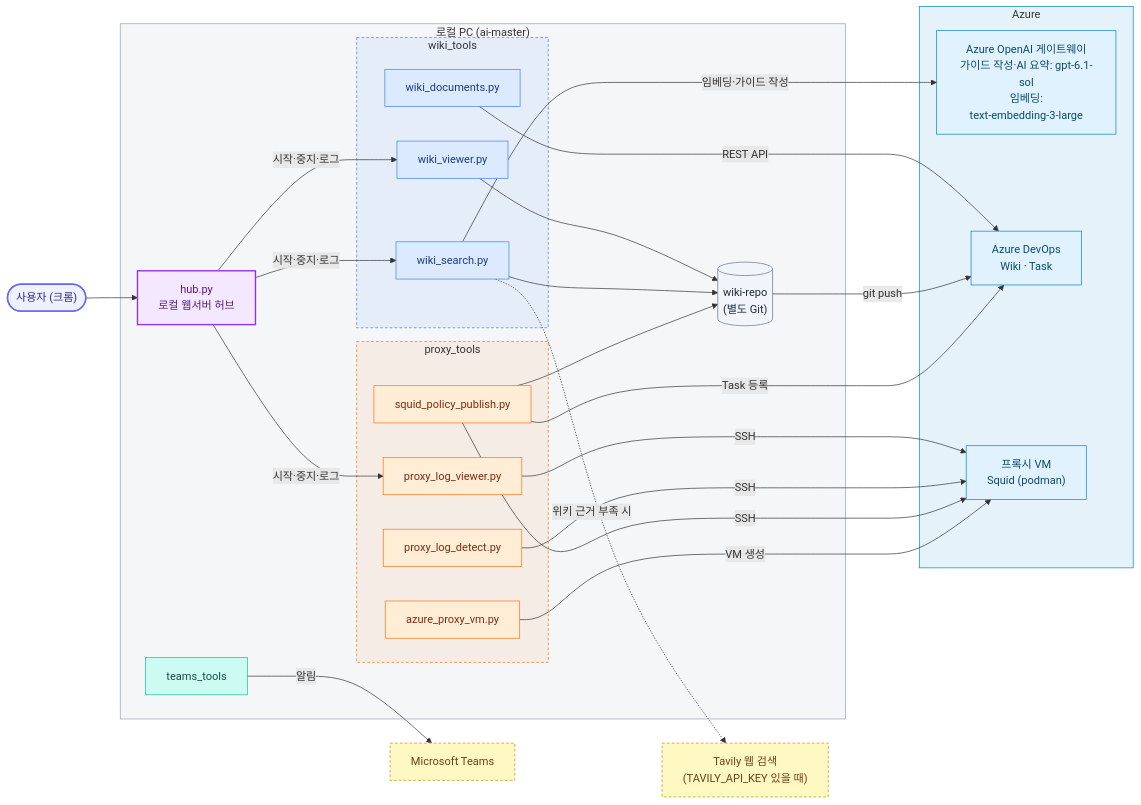
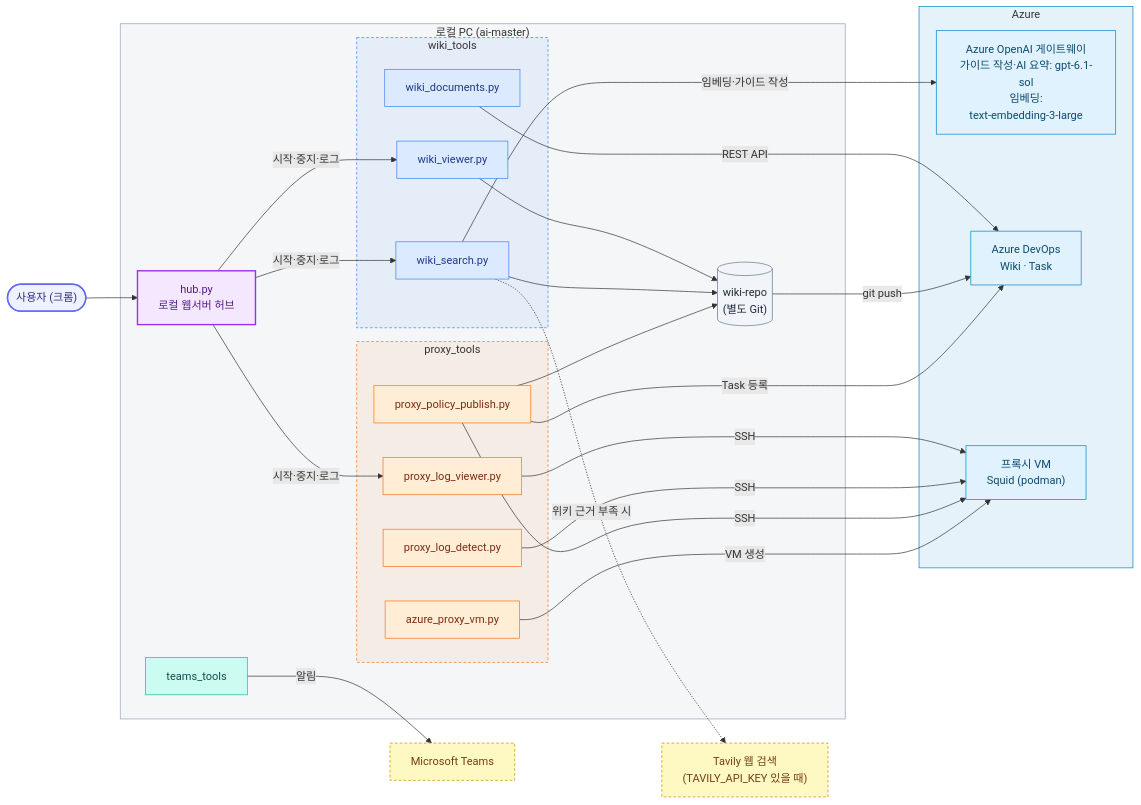
The fourth of 10 diagrams in README.md (pcmola/ai-master), drawn with Mermaid before and after one commit. The commit also changed other lines of this file and 6 other files, not shown here.

````diff
--- a/README.md
+++ b/README.md
@@ -222,63 +222,63 @@
 ```mermaid
 flowchart LR
     user(["사용자 (크롬)"])
 
     subgraph local["로컬 PC (ai-master)"]
         hub["hub.py<br/>로컬 웹서버 허브"]
         subgraph wiki_tools
             viewer["wiki_viewer.py"]
             search["wiki_search.py"]
             docs["wiki_documents.py"]
         end
         subgraph proxy_tools
             logviewer["proxy_log_viewer.py"]
             detect["proxy_log_detect.py"]
-            publish["squid_policy_publish.py"]
+            publish["proxy_policy_publish.py"]
             vmtool["azure_proxy_vm.py"]
         end
         teams["teams_tools"]
         repo[("wiki-repo<br/>(별도 Git)")]
     end
 
     subgraph azure["Azure"]
         openai["Azure OpenAI 게이트웨이<br/>가이드 작성·AI 요약: gpt-6.1-sol<br/>임베딩:<br/>text-embedding-3-large"]
         devops["Azure DevOps<br/>Wiki · Task"]
         vm["프록시 VM<br/>Squid (podman)"]
     end
     msteams["Microsoft Teams"]
     tavily["Tavily 웹 검색<br/>(TAVILY_API_KEY 있을 때)"]
 
     user --> hub
     hub -- "시작·중지·로그" --> viewer & search & logviewer
     viewer & search --> repo
     search -- "임베딩·가이드 작성" --> openai
     search -. "위키 근거 부족 시" .-> tavily
     docs -- "REST API" --> devops
     repo -- "git push" --> devops
     logviewer & detect & publish -- "SSH" --> vm
     publish -- "Task 등록" --> devops
     publish --> repo
     vmtool -- "VM 생성" --> vm
     teams -- "알림" --> msteams
 
     classDef user fill:#EEF2FF,stroke:#6366F1,stroke-width:2px,color:#312E81
     classDef hub fill:#F3E8FF,stroke:#9333EA,stroke-width:2px,color:#581C87
     classDef wiki fill:#DBEAFE,stroke:#3B82F6,color:#1E3A8A
     classDef proxy fill:#FFEDD5,stroke:#F97316,color:#7C2D12
     classDef teams fill:#CCFBF1,stroke:#14B8A6,color:#134E4A
     classDef store fill:#F1F5F9,stroke:#64748B,color:#1E293B
     classDef cloud fill:#E0F2FE,stroke:#0284C7,color:#0C4A6E
     classDef ext fill:#FEF9C3,stroke:#CA8A04,stroke-dasharray:4 3,color:#713F12
     class user user
     class hub hub
     class viewer,search,docs wiki
     class logviewer,detect,publish,vmtool proxy
     class teams teams
     class repo store
     class openai,devops,vm cloud
     class msteams,tavily ext
     style local fill:#94A3B81A,stroke:#94A3B8
     style wiki_tools fill:#3B82F614,stroke:#3B82F6,stroke-dasharray:4 3
     style proxy_tools fill:#F9731614,stroke:#F97316,stroke-dasharray:4 3
     style azure fill:#0284C71A,stroke:#0284C7
 ```
````
